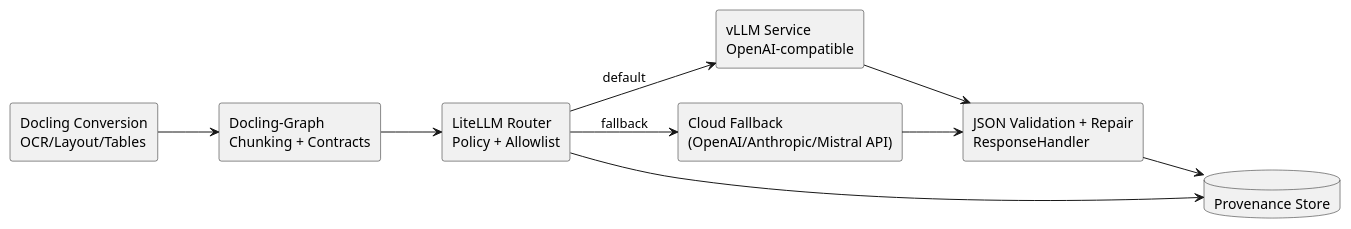
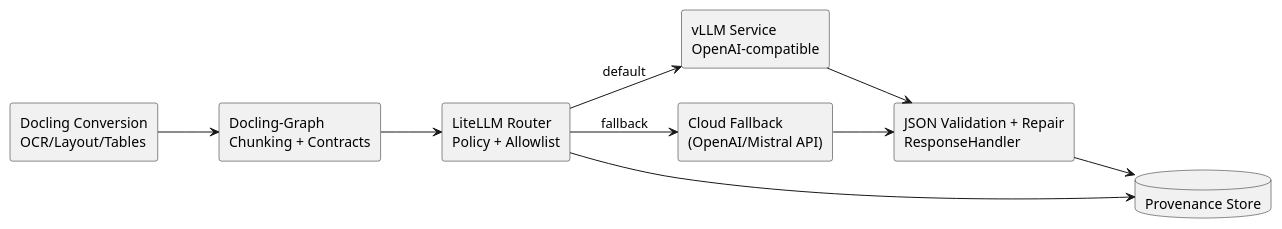
Before and after one commit to epieczko-re/audit-iq-docs: the diagram in src/docs/asciidoc/auditiq-product-architecture-delivery-plan/model-deployment/index.adoc, drawn with PlantUML. The commit also changed 4 other files, not shown here.

```diff
--- a/src/docs/asciidoc/auditiq-product-architecture-delivery-plan/model-deployment/index.adoc
+++ b/src/docs/asciidoc/auditiq-product-architecture-delivery-plan/model-deployment/index.adoc
@@ -81,22 +81,22 @@
 [plantuml]
 ....
 @startuml
 left to right direction
 rectangle "Docling Conversion\nOCR/Layout/Tables" as A
 rectangle "Docling-Graph\nChunking + Contracts" as B
 rectangle "LiteLLM Router\nPolicy + Allowlist" as C
 rectangle "vLLM Service\nOpenAI-compatible" as D
-rectangle "Cloud Fallback\n(OpenAI/Anthropic/Mistral API)" as E
+rectangle "Cloud Fallback\n(OpenAI/Mistral API)" as E
 rectangle "JSON Validation + Repair\nResponseHandler" as F
 database "Provenance Store" as G
 
 A --> B
 B --> C
 C --> D : default
 C --> E : fallback
 D --> F
 E --> F
 C --> G
 F --> G
 @enduml
 ....
```
